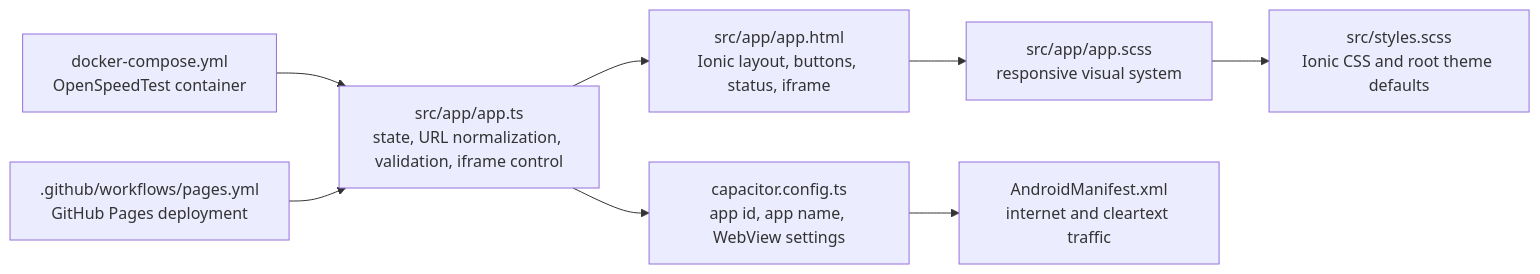
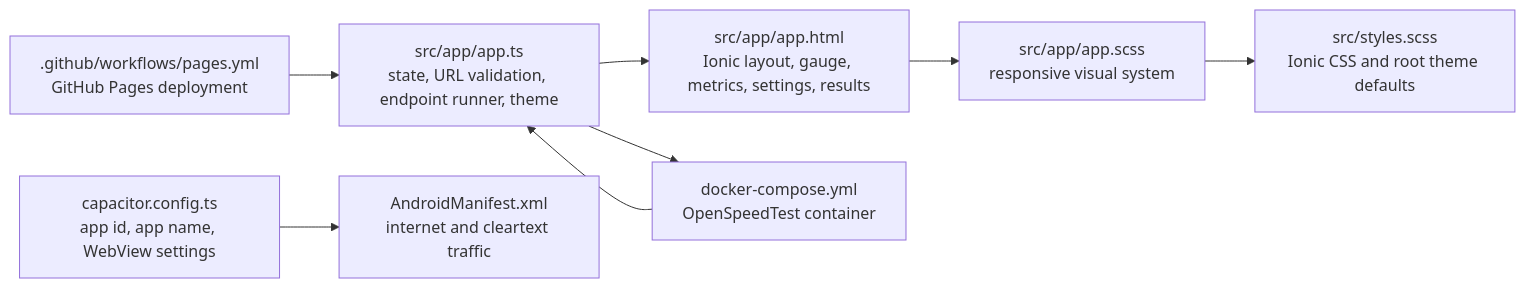
Before and after one commit to rgalor-ca/openspeedtest-ftap-poc: the second of 11 diagrams in docs/DOCUMENTATION.md, drawn with Mermaid. The commit also changed other lines of this file and 13 other files, not shown here.

````diff
--- a/docs/DOCUMENTATION.md
+++ b/docs/DOCUMENTATION.md
@@ -78,19 +98,19 @@
 ```mermaid
 flowchart LR
-  AppTs["src/app/app.ts<br>state, URL normalization, validation, iframe control"]
-  AppHtml["src/app/app.html<br>Ionic layout, buttons, status, iframe"]
+  AppTs["src/app/app.ts<br>state, URL validation, endpoint runner, theme"]
+  AppHtml["src/app/app.html<br>Ionic layout, gauge, metrics, settings, results"]
   AppScss["src/app/app.scss<br>responsive visual system"]
   Styles["src/styles.scss<br>Ionic CSS and root theme defaults"]
   Cap["capacitor.config.ts<br>app id, app name, WebView settings"]
   Manifest["AndroidManifest.xml<br>internet and cleartext traffic"]
   Compose["docker-compose.yml<br>OpenSpeedTest container"]
   Pages[".github/workflows/pages.yml<br>GitHub Pages deployment"]
 
   AppTs --> AppHtml
   AppHtml --> AppScss
   AppScss --> Styles
-  AppTs --> Cap
+  AppTs --> Compose
   Cap --> Manifest
   Compose --> AppTs
   Pages --> AppTs
 ```
````
